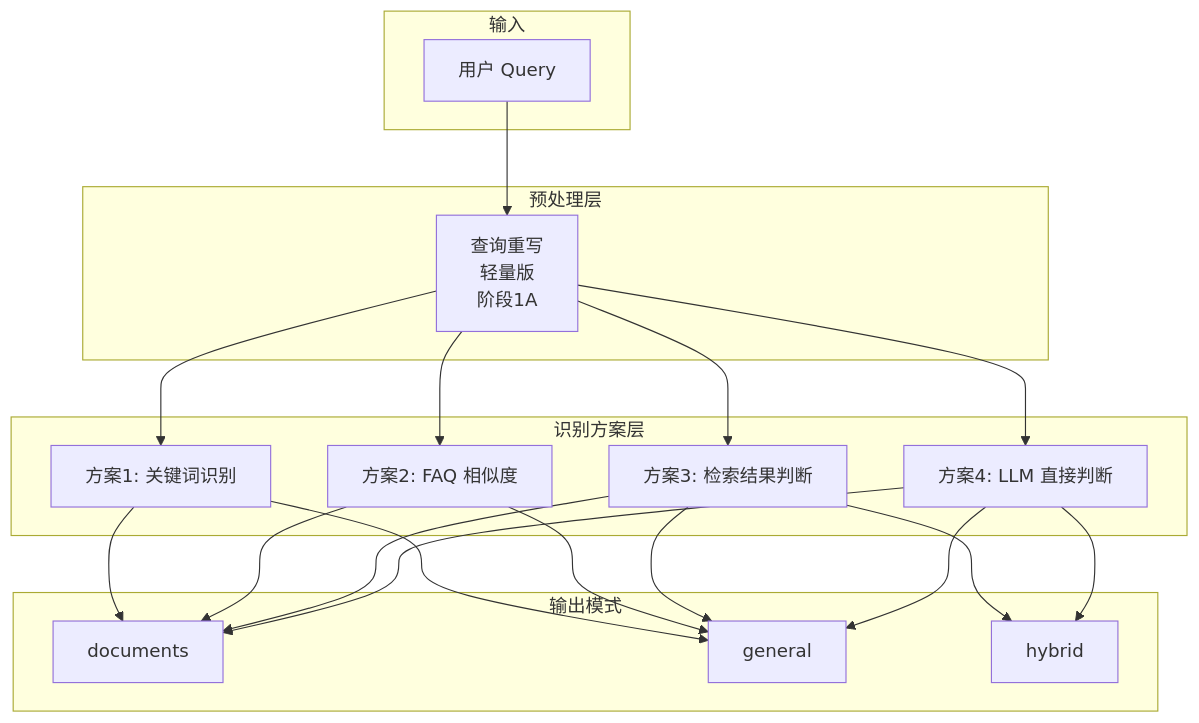
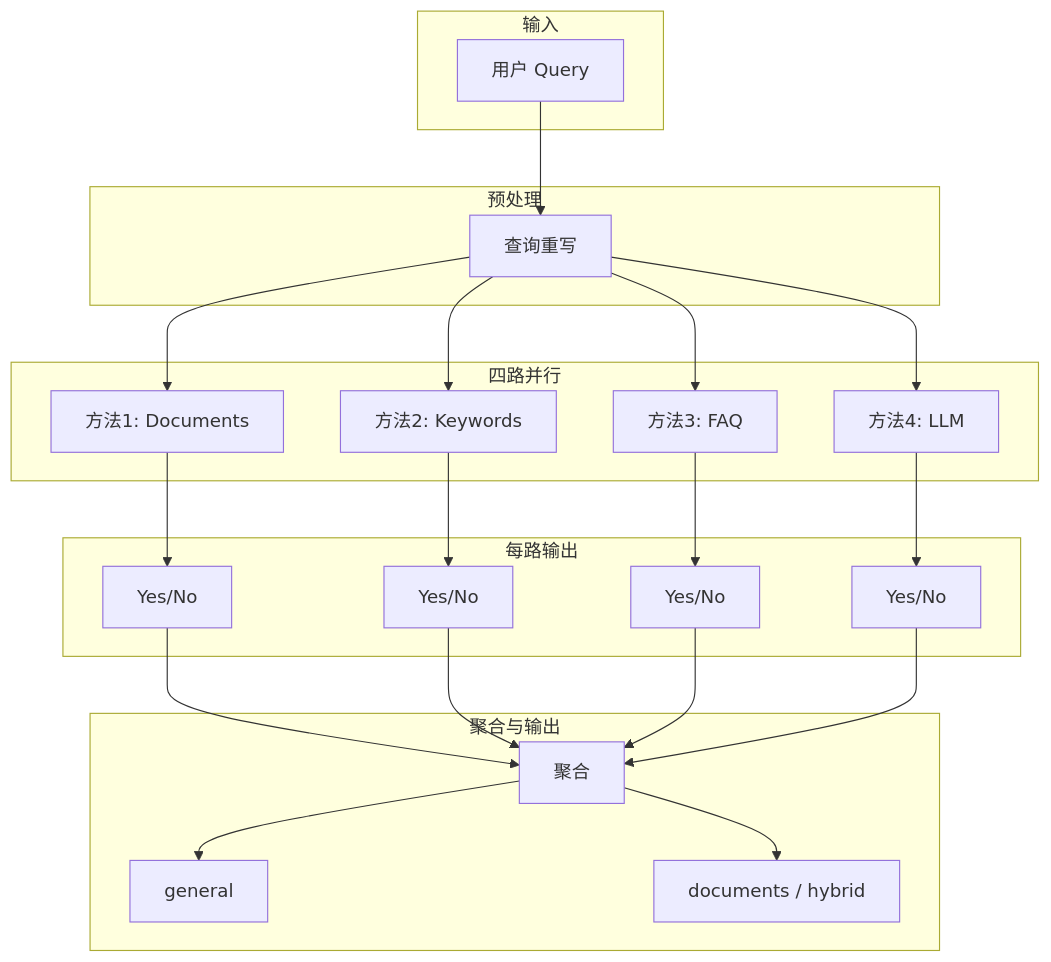
One commit to lenhop/IC-RAG-Agent changed the first of 3 diagrams in docs/ANSWER_MODEL_IDENTITY_NEW.md. Above: the diagram before and after it, drawn with Mermaid. The commit also changed other lines of this file and 29 other files, not shown here.

````diff
--- a/docs/ANSWER_MODEL_IDENTITY_NEW.md
+++ b/docs/ANSWER_MODEL_IDENTITY_NEW.md
@@ -24,39 +26,46 @@
 ```mermaid
 flowchart TB
     subgraph input [输入]
         Q[用户 Query]
     end
 
-    subgraph preprocess [预处理层]
-        QR[查询重写<br/>轻量版<br/>阶段1A]
+    subgraph preprocess [预处理]
+        QR[查询重写]
     end
 
-    subgraph schemes [识别方案层]
-        S1[方案1: 关键词识别]
-        S2[方案2: FAQ 相似度]
-        S3[方案3: 检索结果判断]
-        S4[方案4: LLM 直接判断]
+    subgraph parallel [四路并行]
+        M1[方法1: Documents]
+        M2[方法2: Keywords]
+        M3[方法3: FAQ]
+        M4[方法4: LLM]
     end
 
-    subgraph output [输出模式]
-        D[documents]
-        G[general]
-        H[hybrid]
+    subgraph signals [每路输出]
+        S1[Yes/No]
+        S2[Yes/No]
+        S3[Yes/No]
+        S4[Yes/No]
+    end
+
+    subgraph output [聚合与输出]
+        AGG[聚合]
+        GEN[general]
+        DOC[documents / hybrid]
     end
 
     Q --> QR
-    QR --> S1
-    QR --> S2
-    QR --> S3
-    QR --> S4
-    S1 --> D
-    S1 --> G
-    S2 --> D
-    S2 --> G
-    S3 --> D
-    S3 --> G
-    S3 --> H
-    S4 --> D
-    S4 --> G
-    S4 --> H
+    QR --> M1
+    QR --> M2
+    QR --> M3
+    QR --> M4
+    M1 --> S1
+    M2 --> S2
+    M3 --> S3
+    M4 --> S4
+    S1 --> AGG
+    S2 --> AGG
+    S3 --> AGG
+    S4 --> AGG
+    AGG --> GEN
+    AGG --> DOC
 ```
````
